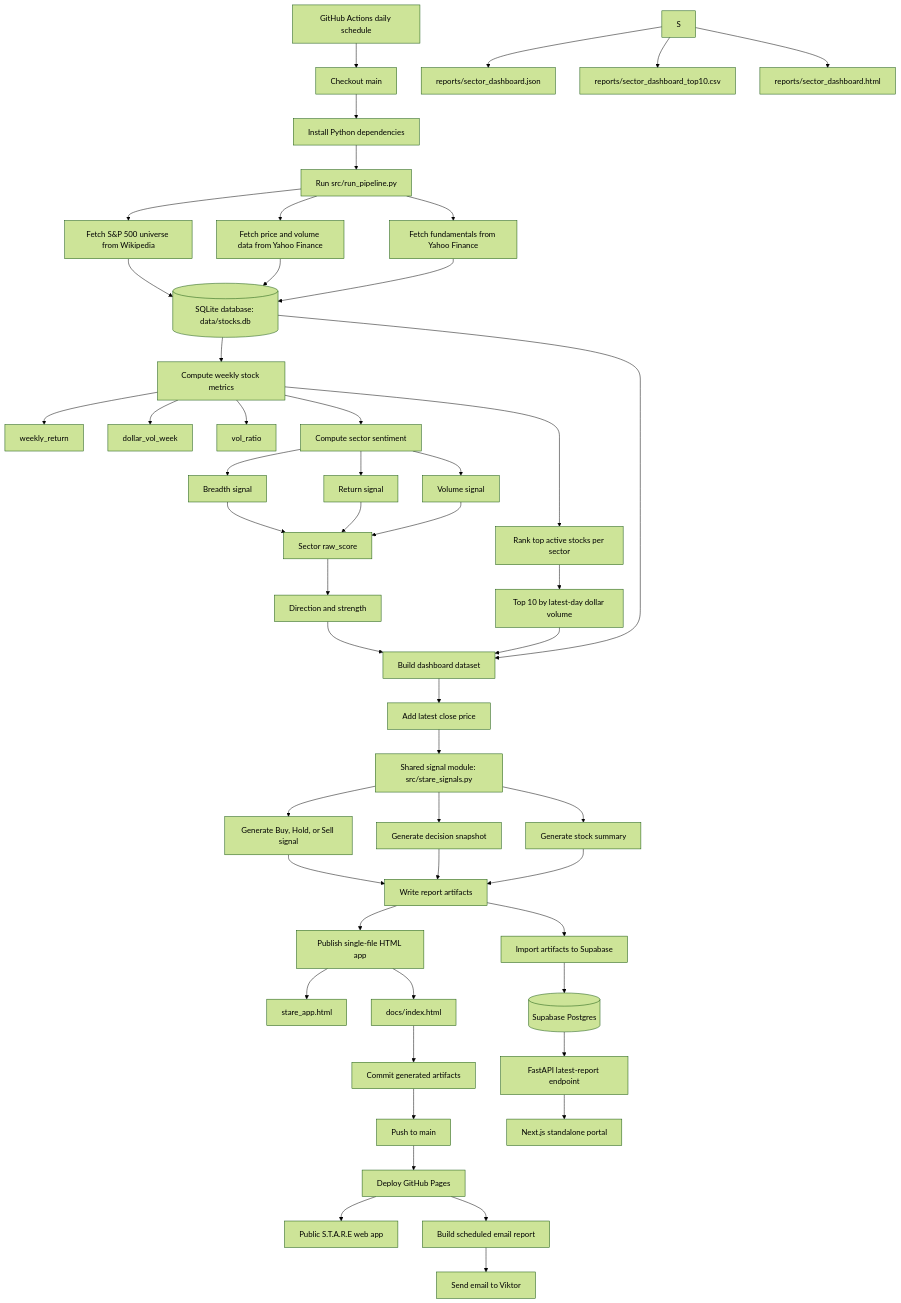
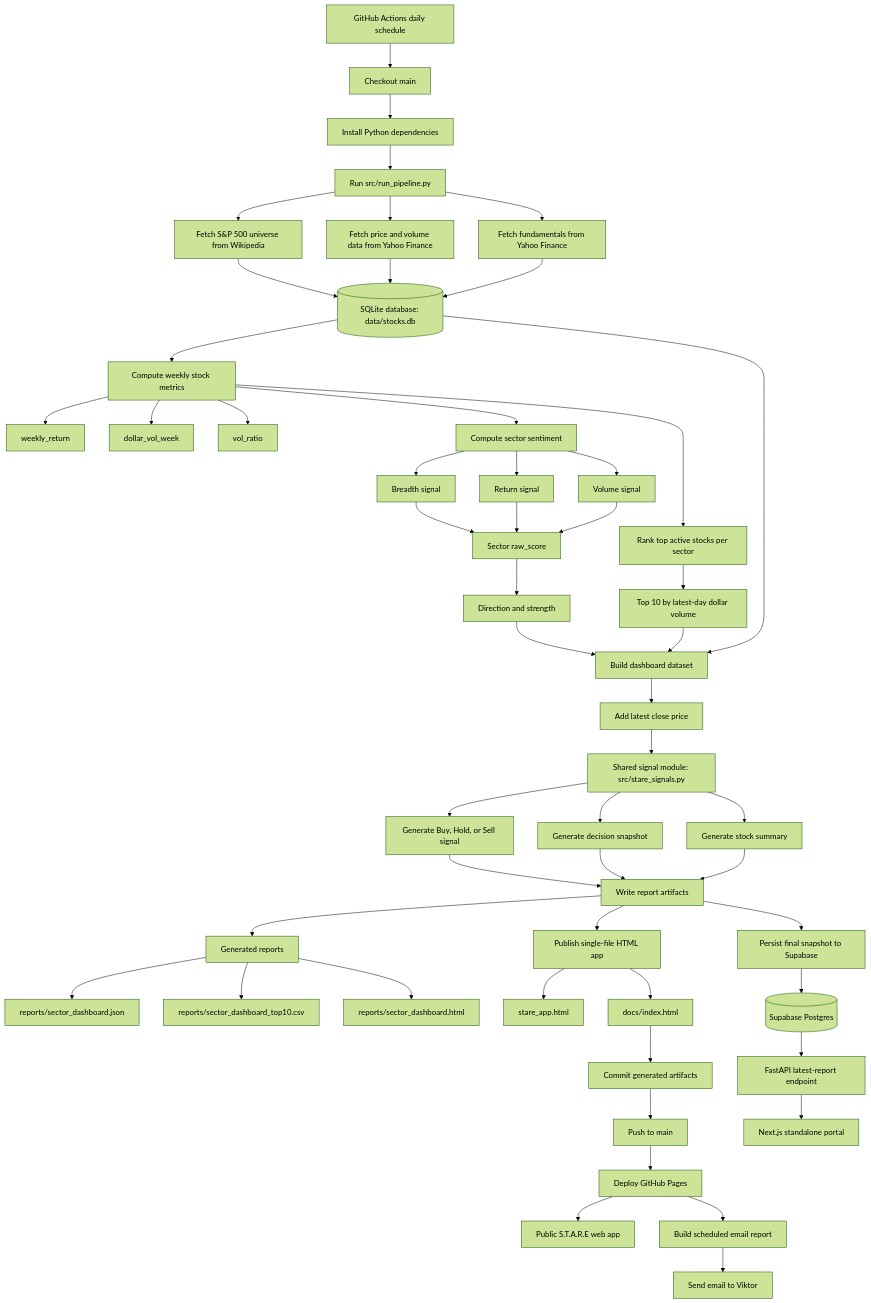
One commit to vittok/stare changed the diagram in README.md. Above: the diagram before and after it, drawn with Mermaid (forest theme). The commit also changed other lines of this file and 12 other files, not shown here.

````diff
--- a/README.md
+++ b/README.md
@@ -151,63 +155,64 @@
 ```mermaid
 flowchart TD
     A["GitHub Actions daily schedule"] --> B["Checkout main"]
     B --> C["Install Python dependencies"]
     C --> D["Run src/run_pipeline.py"]
 
     D --> E["Fetch S&P 500 universe from Wikipedia"]
     D --> F["Fetch price and volume data from Yahoo Finance"]
     D --> G["Fetch fundamentals from Yahoo Finance"]
 
     E --> H[("SQLite database: data/stocks.db")]
     F --> H
     G --> H
 
     H --> I["Compute weekly stock metrics"]
     I --> I1["weekly_return"]
     I --> I2["dollar_vol_week"]
     I --> I3["vol_ratio"]
 
     I --> J["Compute sector sentiment"]
     J --> J1["Breadth signal"]
     J --> J2["Return signal"]
     J --> J3["Volume signal"]
     J1 --> K["Sector raw_score"]
     J2 --> K
     J3 --> K
     K --> L["Direction and strength"]
 
     I --> M["Rank top active stocks per sector"]
     M --> N["Top 10 by latest-day dollar volume"]
 
     H --> O["Build dashboard dataset"]
     L --> O
     N --> O
     O --> P["Add latest close price"]
     P --> Q["Shared signal module: src/stare_signals.py"]
     Q --> Q1["Generate Buy, Hold, or Sell signal"]
     Q --> Q2["Generate decision snapshot"]
     Q --> Q3["Generate stock summary"]
 
     Q1 --> R["Write report artifacts"]
     Q2 --> R
     Q3 --> R
+    R --> S["Generated reports"]
     S --> S1["reports/sector_dashboard.json"]
     S --> S2["reports/sector_dashboard_top10.csv"]
     S --> S3["reports/sector_dashboard.html"]
 
     R --> T["Publish single-file HTML app"]
     T --> T1["stare_app.html"]
     T --> T2["docs/index.html"]
 
     T2 --> U["Commit generated artifacts"]
     U --> V["Push to main"]
     V --> W["Deploy GitHub Pages"]
     W --> X["Public S.T.A.R.E web app"]
     W --> Y["Build scheduled email report"]
     Y --> Z["Send email to Viktor"]
 
-    R --> AA["Import artifacts to Supabase"]
+    R --> AA["Persist final snapshot to Supabase"]
     AA --> AB[("Supabase Postgres")]
     AB --> AC["FastAPI latest-report endpoint"]
     AC --> AD["Next.js standalone portal"]
 ```
````
